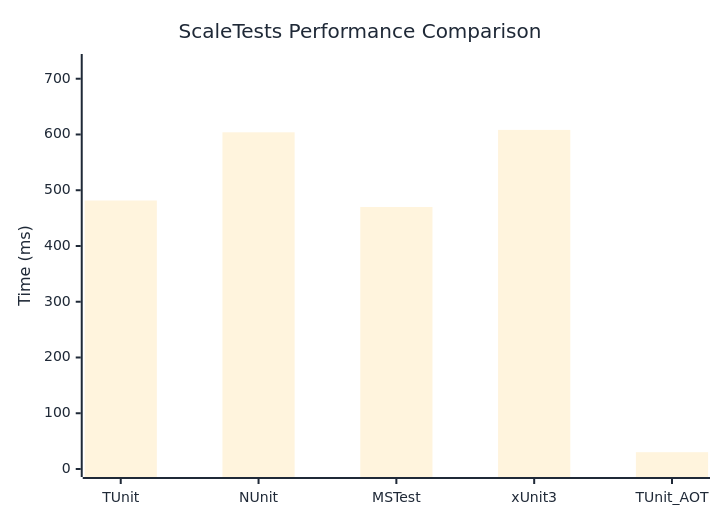
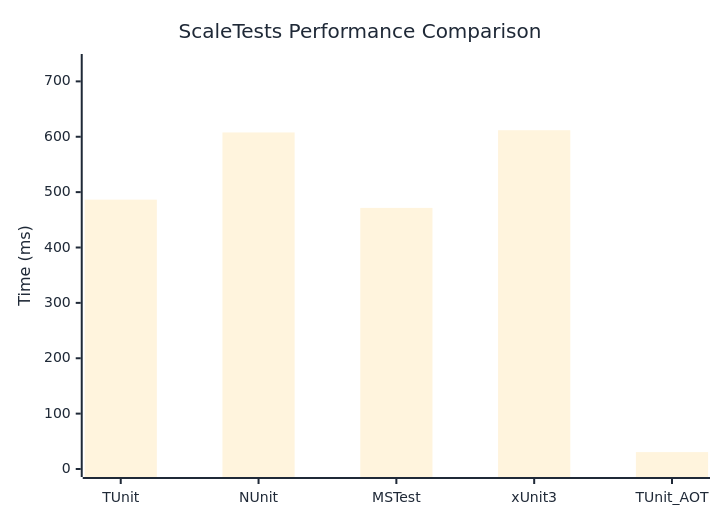
Before and after one commit to thomhurst/TUnit: the diagram in docs/docs/benchmarks/ScaleTests.md, drawn with Mermaid. The commit also changed other lines of this file and 17 other files, not shown here.

````diff
--- a/docs/docs/benchmarks/ScaleTests.md
+++ b/docs/docs/benchmarks/ScaleTests.md
@@ -27,37 +27,37 @@
 ```mermaid
 %%{init: {
   'theme':'base',
   'themeVariables': {
     'primaryColor': '#2563eb',
     'primaryTextColor': '#1f2937',
     'primaryBorderColor': '#1e40af',
     'lineColor': '#6b7280',
     'secondaryColor': '#7c3aed',
     'tertiaryColor': '#dc2626',
     'background': '#ffffff',
     'mainBkg': '#2563eb',
     'secondBkg': '#7c3aed',
     'tertiaryBkg': '#dc2626',
     'clusterBkg': '#f3f4f6',
     'edgeLabelBackground': '#ffffff',
     'tertiaryTextColor': '#1f2937',
     'pie1': '#2563eb',
     'pie2': '#7c3aed',
     'pie3': '#dc2626',
     'pie4': '#f59e0b',
     'pie5': '#10b981',
     'pie6': '#06b6d4',
     'pie7': '#ec4899',
     'pie8': '#6366f1',
     'pie9': '#84cc16',
     'pie10': '#f97316',
     'pie11': '#14b8a6',
     'pie12': '#a855f7'
   }
 }}%%
 xychart-beta
   title "ScaleTests Performance Comparison"
   x-axis ["TUnit", "NUnit", "MSTest", "xUnit3", "TUnit_AOT"]
-  y-axis "Time (ms)" 0 --> 730
-  bar [481.6, 603.89, 469.93, 608.23, 30.17]
+  y-axis "Time (ms)" 0 --> 735
+  bar [486.45, 607.8, 471.49, 611.82, 30.52]
 ```
````
